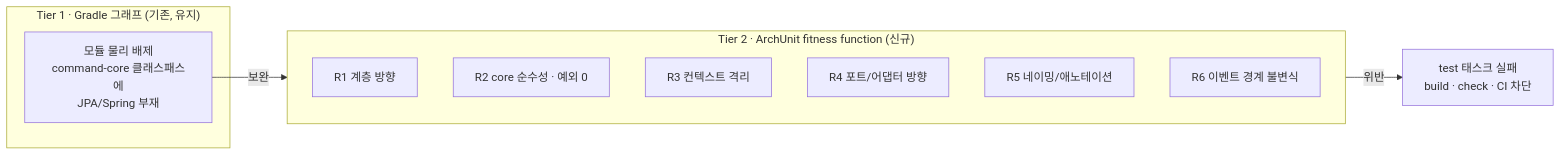
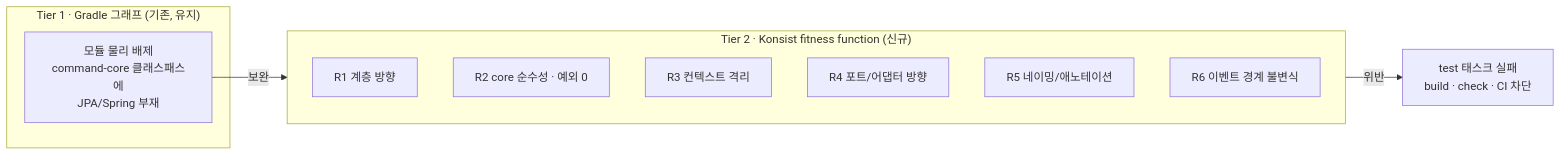
The third of 3 diagrams in docs/v2/rfc/RFC-031-architecture-fitness-functions-archunit.md (newkayak12/prototype-reservation-system), drawn with Mermaid before and after one commit. The commit also changed other lines of this file and 27 other files, not shown here.

````diff
--- a/docs/v2/rfc/RFC-031-architecture-fitness-functions-archunit.md
+++ b/docs/v2/rfc/RFC-031-architecture-fitness-functions-archunit.md
@@ -204,18 +199,18 @@
 ```mermaid
 graph LR
     subgraph tier1["Tier 1 · Gradle 그래프 (기존, 유지)"]
         phys[모듈 물리 배제<br/>command-core 클래스패스에<br/>JPA/Spring 부재]
     end
 
-    subgraph tier2["Tier 2 · ArchUnit fitness function (신규)"]
+    subgraph tier2["Tier 2 · Konsist fitness function (신규)"]
         r1[R1 계층 방향]
         r2[R2 core 순수성 · 예외 0]
         r3[R3 컨텍스트 격리]
         r4[R4 포트/어댑터 방향]
         r5[R5 네이밍/애노테이션]
         r6[R6 이벤트 경계 불변식]
     end
 
     phys -->|보완| tier2
     tier2 -->|위반| gate[test 태스크 실패<br/>build · check · CI 차단]
 ```
````
